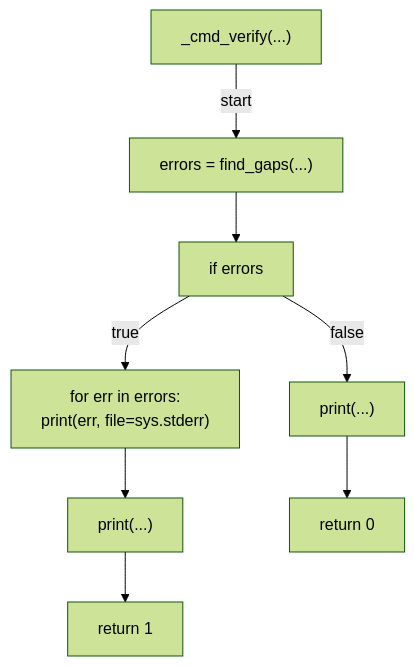
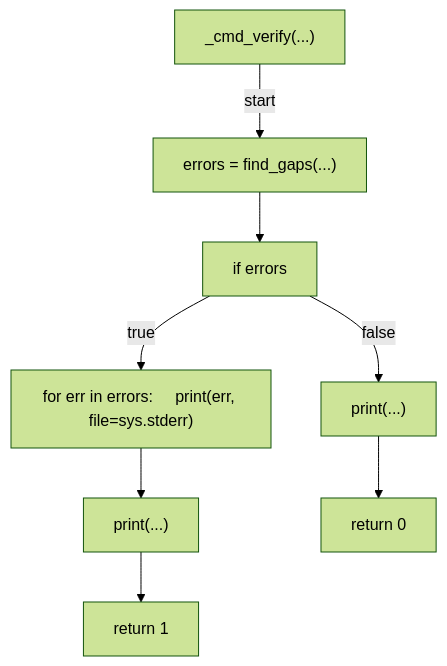
One commit to tvna/claude-md changed the fourth of 6 diagrams in docs/generated/scripts/ast/scan_provisioning_hook_serial.md. Above: the diagram before and after it, drawn with Mermaid (forest theme). The commit also changed other lines of this file and 23 other files, not shown here.

First line of the commit message:
docs(generated): regenerate decision tree and workflow diagrams (batch 4/5)

````diff
--- a/docs/generated/scripts/ast/scan_provisioning_hook_serial.md
+++ b/docs/generated/scripts/ast/scan_provisioning_hook_serial.md
@@ -63,19 +56,18 @@
 ```mermaid
 flowchart TD
     N001["_cmd_verify(...)"]
     N002["errors = find_gaps(...)"]
     N003["if errors"]
-    N004["for err in errors:
-    print(err, file=sys.stderr)"]
+    N004["for err in errors:     print(err, file=sys.stderr)"]
     N005["print(...)"]
     N006["return 1"]
     N007["print(...)"]
     N008["return 0"]
     N001 -->|"start"| N002
     N002 --> N003
     N003 -->|"true"| N004
     N004 --> N005
     N005 --> N006
     N003 -->|"false"| N007
     N007 --> N008
 ```
````
